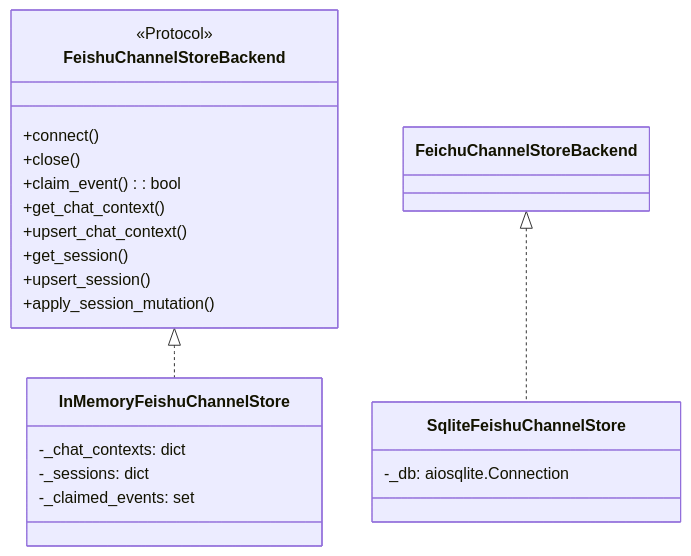
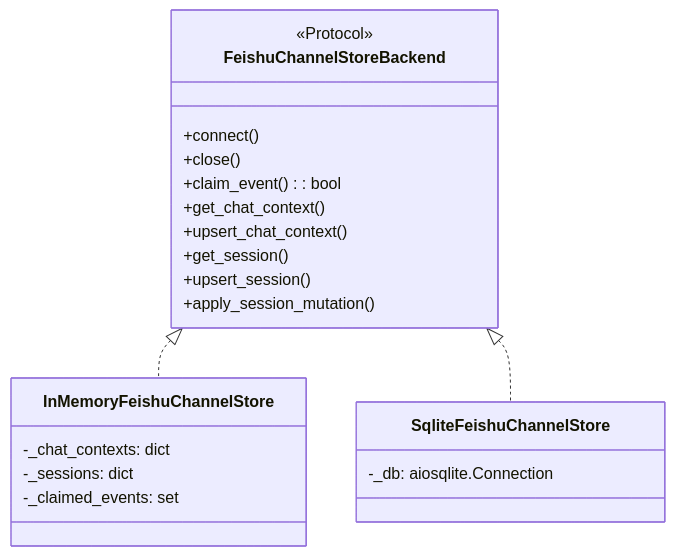
Before and after one commit to xhwSkhizein/agiwo: the ninth of 9 diagrams in console/server/channels/feishu/README.md, drawn with Mermaid. The commit also changed 1 other file, not shown here.

Commit message:
fix: reject mongodb for AgentStateStorageConfig, fix typo in feishu README
- AgentStateStorageConfig: replace mongodb-to-memory fallback with ValueError
- README.md: fix typo FeichuChannelStoreBackend → FeishuChannelStoreBackend

````diff
--- a/console/server/channels/feishu/README.md
+++ b/console/server/channels/feishu/README.md
@@ -414,27 +414,27 @@
 ```mermaid
 classDiagram
     class FeishuChannelStoreBackend {
         <<Protocol>>
         +connect()
         +close()
         +claim_event(): bool
         +get_chat_context()
         +upsert_chat_context()
         +get_session()
         +upsert_session()
         +apply_session_mutation()
     }
 
     class InMemoryFeishuChannelStore {
         -_chat_contexts: dict
         -_sessions: dict
         -_claimed_events: set
     }
 
     class SqliteFeishuChannelStore {
         -_db: aiosqlite.Connection
     }
 
     FeishuChannelStoreBackend <|.. InMemoryFeishuChannelStore
-    FeichuChannelStoreBackend <|.. SqliteFeishuChannelStore
+    FeishuChannelStoreBackend <|.. SqliteFeishuChannelStore
 ```
````
